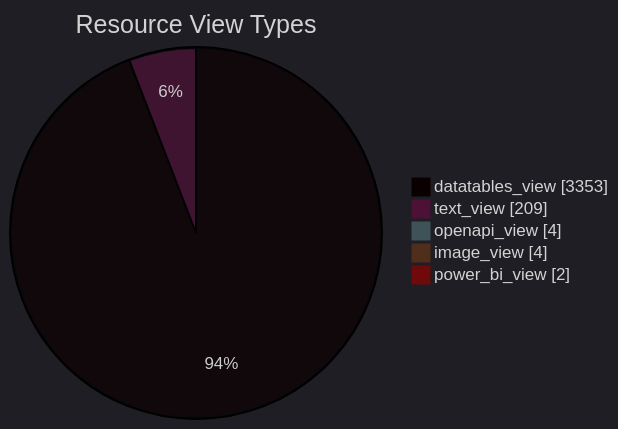
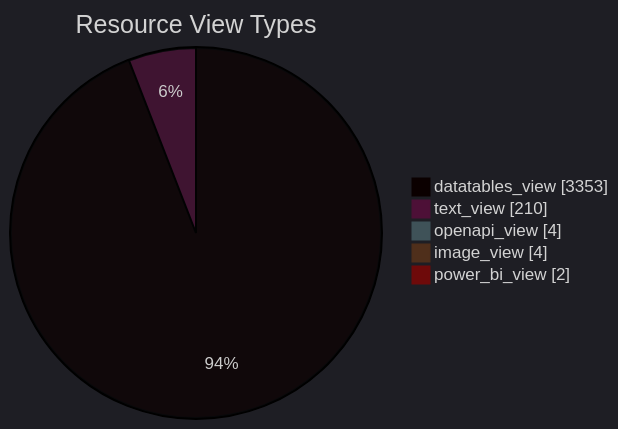
Before and after one commit to open-data/analytics-corporate-reporting: the diagram in datastore_tracker/resource_view_types_pie_chart.md, drawn with Mermaid. The commit also changed 9 other files, not shown here.

````diff
--- a/datastore_tracker/resource_view_types_pie_chart.md
+++ b/datastore_tracker/resource_view_types_pie_chart.md
@@ -2,12 +2,12 @@
 ```mermaid
 ---
 config:
   theme: dark
 ---
 pie showData title Resource View Types
     "datatables_view": 3353
-    "text_view": 209
+    "text_view": 210
     "openapi_view": 4
     "image_view": 4
     "power_bi_view": 2
 ```
````
